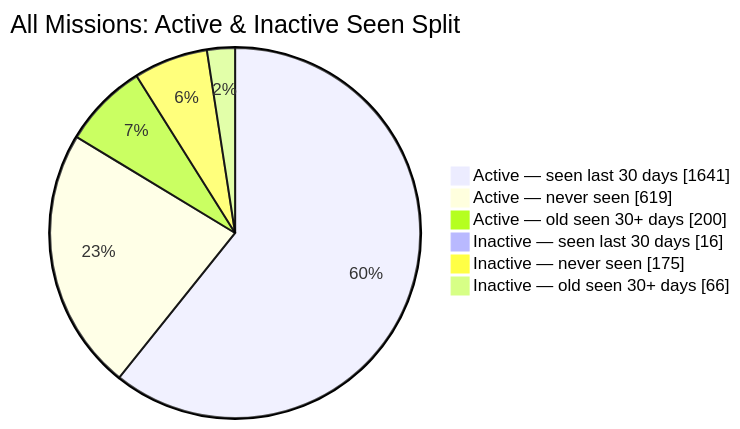
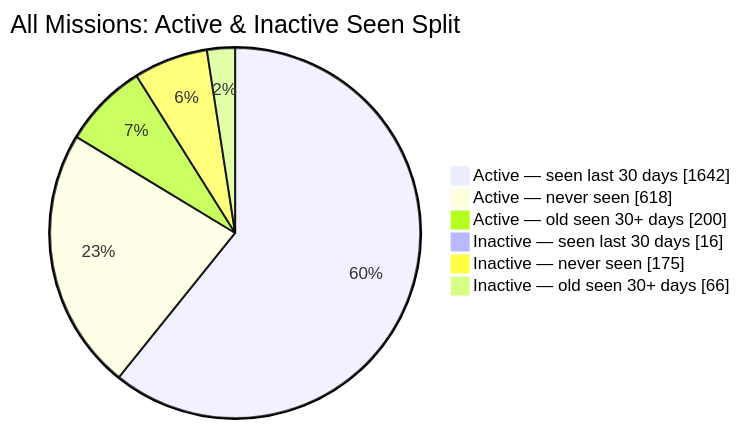
One commit to MeldkamerspelGameTeam/active-missions changed the second of 2 diagrams in README.md. Above: the diagram before and after it, drawn with Mermaid. The commit also changed other lines of this file and 3 other files, not shown here.

````diff
--- a/README.md
+++ b/README.md
@@ -44,10 +44,10 @@
 ```mermaid
 pie showData
     title All Missions: Active & Inactive Seen Split
-    "Active — seen last 30 days" : 1641
-    "Active — never seen" : 619
+    "Active — seen last 30 days" : 1642
+    "Active — never seen" : 618
     "Active — old seen 30+ days" : 200
     "Inactive — seen last 30 days" : 16
     "Inactive — never seen" : 175
     "Inactive — old seen 30+ days" : 66
 ```
````
